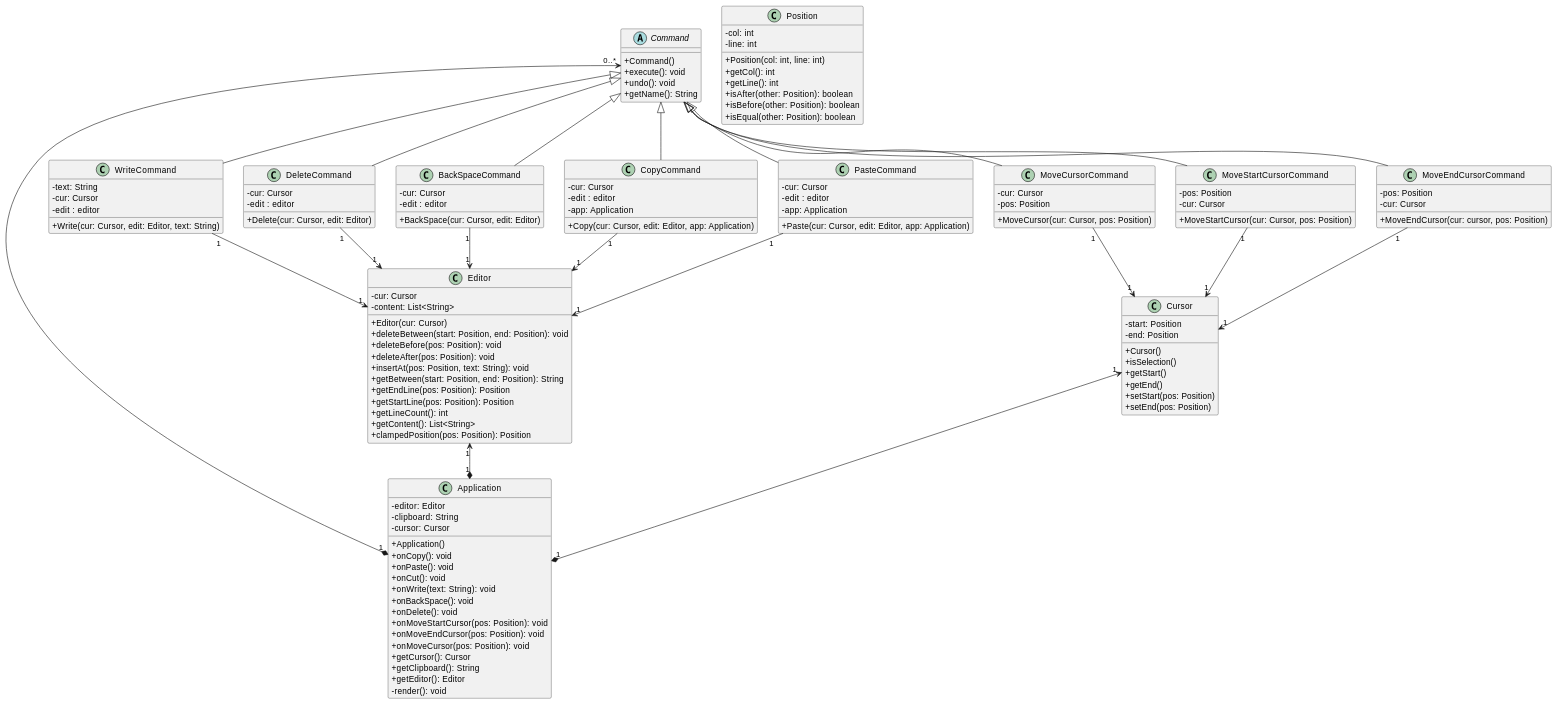
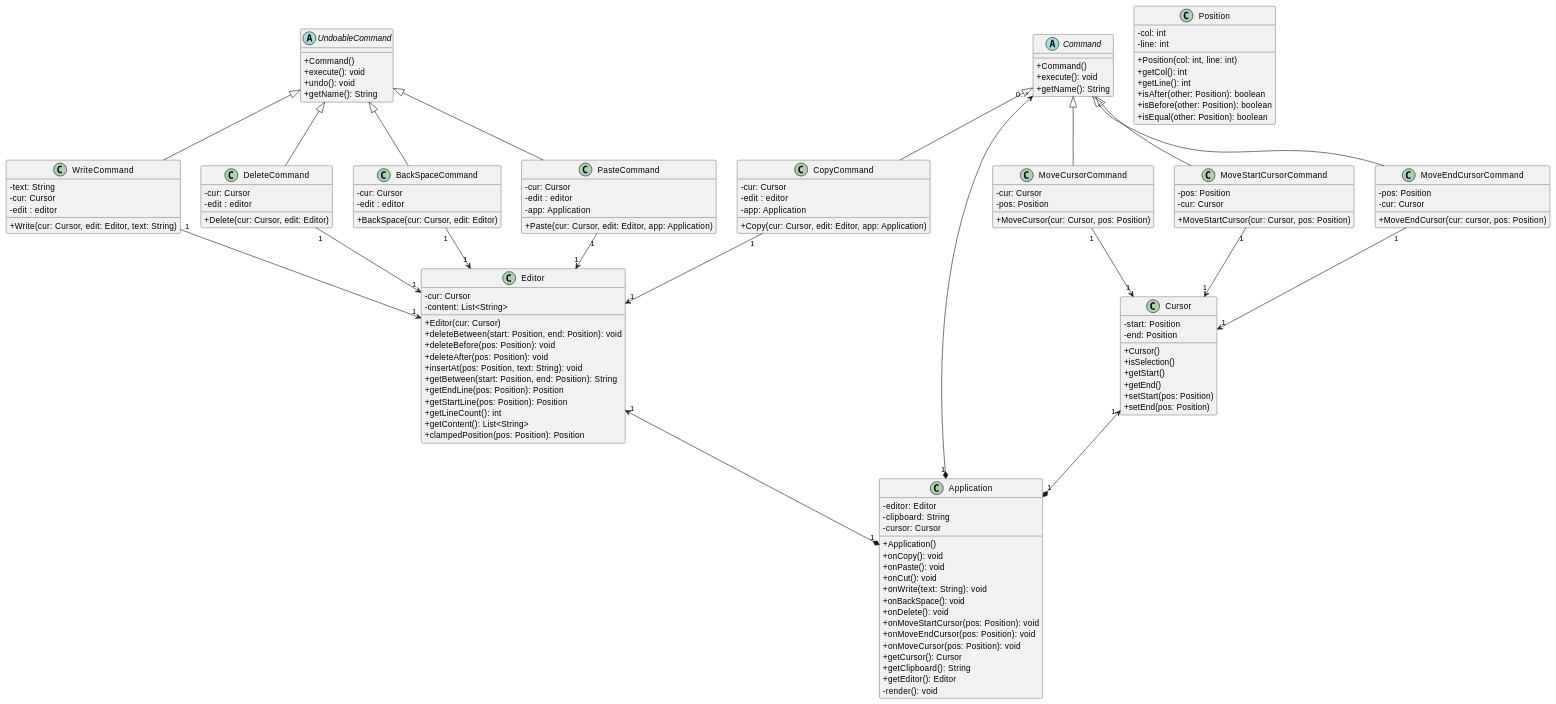
Before and after one commit to CodyAdam/another-useless-text-editor: the fourth of 6 diagrams in README.md, drawn with PlantUML.

Commit message:
UndoableCommand class

```diff
--- a/README.md
+++ b/README.md
@@ -435,6 +435,12 @@
     }
 
     Abstract Command{
+        +Command()
+        +execute(): void
+        +getName(): String
+    }
+
+    Abstract UndoableCommand{
         +Command()
         +execute(): void
         +undo(): void
@@ -517,13 +523,14 @@
 
     Cursor "1" <--* "1" Application
     
-    Command <|-- PasteCommand 
-    Command <|-- WriteCommand 
+    UndoableCommand <|-- PasteCommand 
+    UndoableCommand <|-- WriteCommand 
+    UndoableCommand <|-- DeleteCommand
+    UndoableCommand <|-- BackSpaceCommand
+    
     Command <|-- CopyCommand 
     Command <|-- MoveStartCursorCommand 
     Command <|-- MoveEndCursorCommand 
-    Command <|-- DeleteCommand
-    Command <|-- BackSpaceCommand
     Command <|-- MoveCursorCommand
 
 
```
